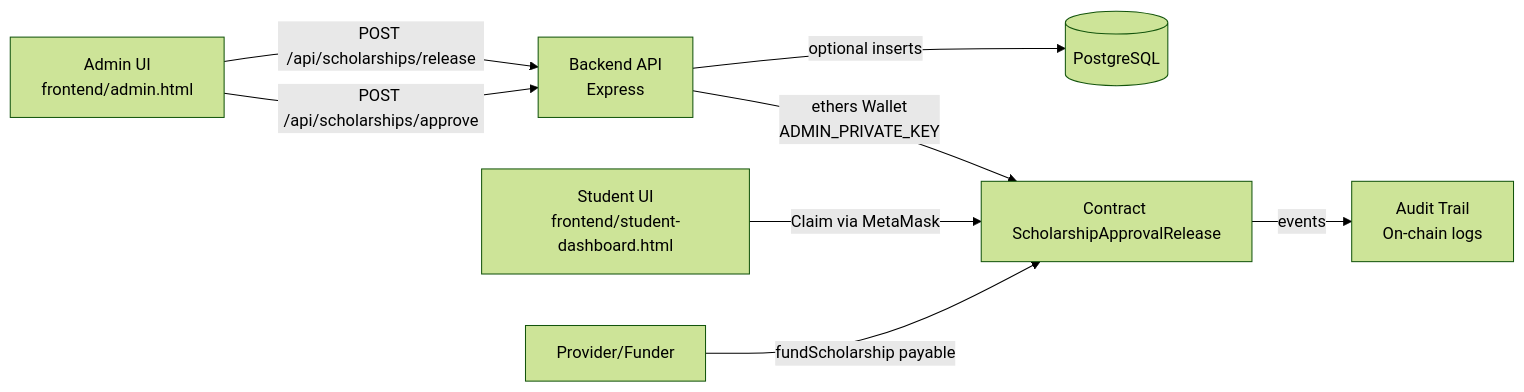
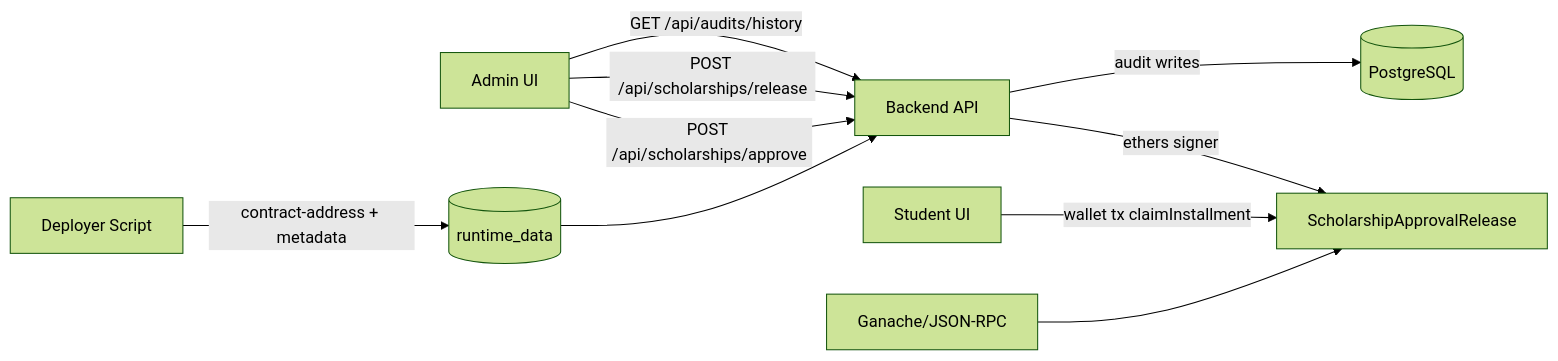
One commit to ahmedelbamby-aast/ScholarshipDisbursement changed the second of 3 diagrams in docs/codebase.md. Above: the diagram before and after it, drawn with Mermaid (forest theme). The commit also changed other lines of this file and 7 other files, not shown here.

````diff
--- a/docs/codebase.md
+++ b/docs/codebase.md
@@ -26,10 +30,12 @@
 ```mermaid
 flowchart LR
-  A[Admin UI\nfrontend/admin.html] -->|POST /api/scholarships/approve| B[Backend API\nExpress]
-  A -->|POST /api/scholarships/release| B
-  S[Student UI\nfrontend/student-dashboard.html] -->|Claim via MetaMask| C[Contract ScholarshipApprovalRelease]
-  B -->|ethers Wallet\nADMIN_PRIVATE_KEY| C
-  P[Provider/Funder] -->|fundScholarship payable| C
-  B -->|optional inserts| D[(PostgreSQL)]
-  C -->|events| E[Audit Trail\nOn-chain logs]
+  U1[Admin UI] -->|POST /api/scholarships/approve| API[Backend API]
+  U1 -->|POST /api/scholarships/release| API
+  U1 -->|GET /api/audits/history| API
+  U2[Student UI] -->|wallet tx claimInstallment| SC[ScholarshipApprovalRelease]
+  API -->|ethers signer| SC
+  API -->|audit writes| DB[(PostgreSQL)]
+  CH[Ganache/JSON-RPC] --> SC
+  DEP[Deployer Script] -->|contract-address + metadata| RT[(runtime_data)]
+  RT --> API
 ```
````
